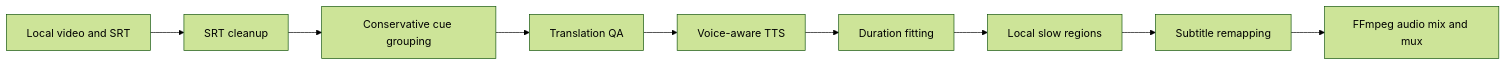
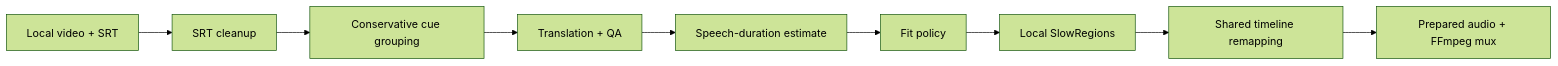
One commit to Zelong-G/AI-Dubbing-Pipeline changed the third of 3 diagrams in README.md. Above: the diagram before and after it, drawn with Mermaid (forest theme). The commit also changed other lines of this file and 30 other files, not shown here.

````diff
--- a/README.md
+++ b/README.md
@@ -46,11 +49,11 @@
 ```mermaid
 flowchart LR
-    A[Local video and SRT] --> B[SRT cleanup]
+    A[Local video + SRT] --> B[SRT cleanup]
     B --> C[Conservative cue grouping]
-    C --> D[Translation QA]
-    D --> E[Voice-aware TTS]
-    E --> F[Duration fitting]
-    F --> G[Local slow regions]
-    G --> H[Subtitle remapping]
-    H --> I[FFmpeg audio mix and mux]
+    C --> D[Translation + QA]
+    D --> E[Speech-duration estimate]
+    E --> F[Fit policy]
+    F --> G[Local SlowRegions]
+    G --> H[Shared timeline remapping]
+    H --> I[Prepared audio + FFmpeg mux]
 ```
````
